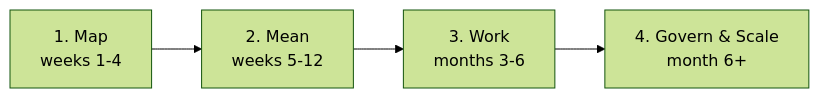
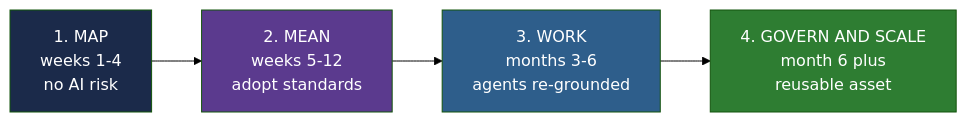
Before and after one commit to rounak-das2008/BTACoreBankingHCLTech-KG: the seventh of 7 diagrams in research/03-slide-deck-content.md, drawn with Mermaid (forest theme). The commit also changed other lines of this file and 29 other files, not shown here.

First line of the commit message:
Add PRIME.AI v2 slide contents, research paper and verified diagrams

````diff
--- a/research/03-slide-deck-content.md
+++ b/research/03-slide-deck-content.md
@@ -419,6 +702,11 @@
 ```mermaid
 flowchart LR
-    S1[1. Map<br/>weeks 1-4] --> S2[2. Mean<br/>weeks 5-12]
-    S2 --> S3[3. Work<br/>months 3-6]
-    S3 --> S4[4. Govern & Scale<br/>month 6+]
+    S1["1. MAP<br/>weeks 1-4<br/>no AI risk"] --> S2["2. MEAN<br/>weeks 5-12<br/>adopt standards"]
+    S2 --> S3["3. WORK<br/>months 3-6<br/>agents re-grounded"]
+    S3 --> S4["4. GOVERN AND SCALE<br/>month 6 plus<br/>reusable asset"]
+
+    style S1 fill:#1B2A4A,color:#ffffff
+    style S2 fill:#5B3A8E,color:#ffffff
+    style S3 fill:#2E5E8B,color:#ffffff
+    style S4 fill:#2E7D32,color:#ffffff
 ```
````
